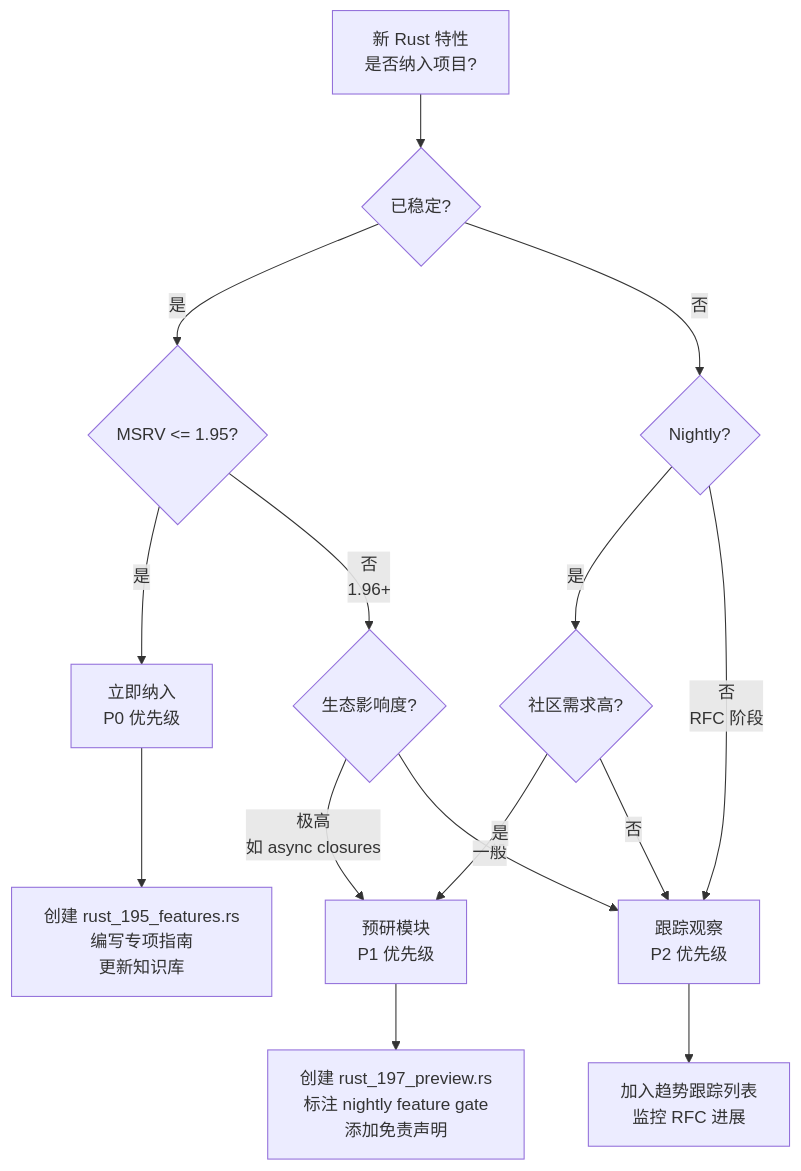
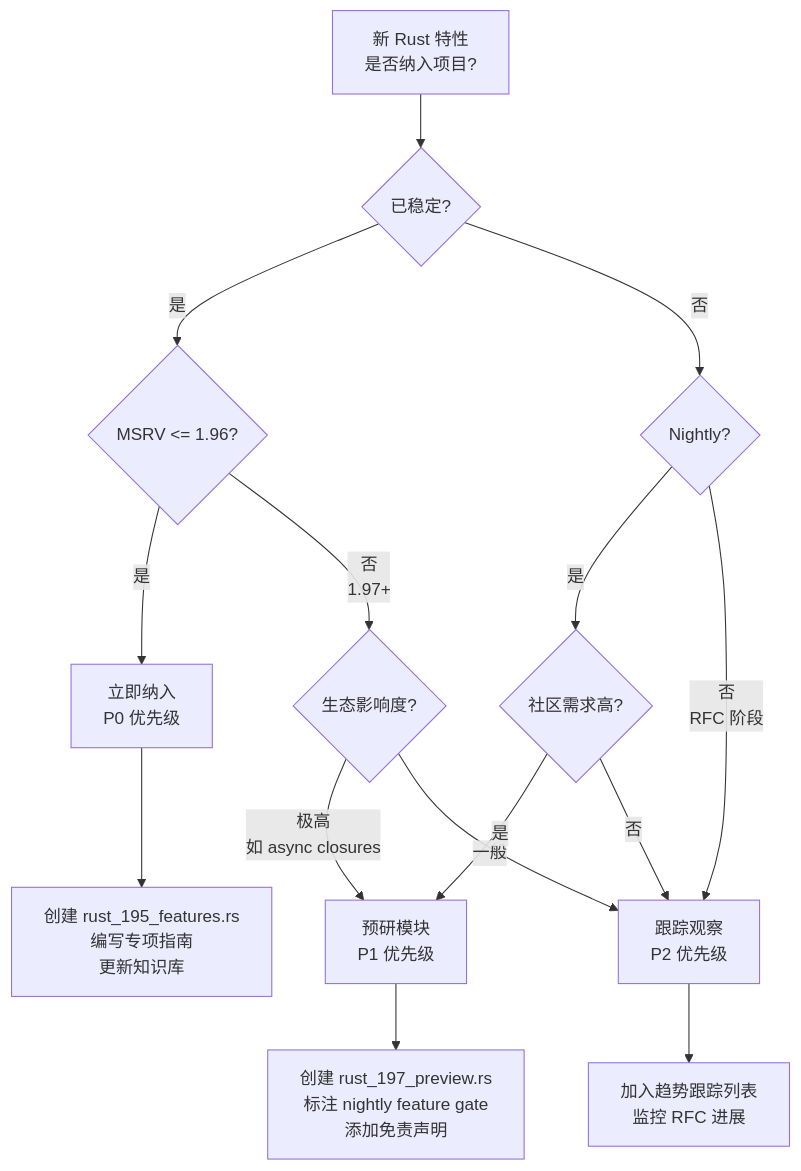
One commit to martin-ly/rust-lang changed diagram 16 of 16 in docs/04_rust_language_feature_comprehensive_inventory_2026.md. Above: the diagram before and after it, drawn with Mermaid. The commit also changed other lines of this file and 21 other files, not shown here.

````diff
--- a/docs/04_rust_language_feature_comprehensive_inventory_2026.md
+++ b/docs/04_rust_language_feature_comprehensive_inventory_2026.md
@@ -2564,22 +2564,22 @@
 ```mermaid
 graph TD
     F[新 Rust 特性<br/>是否纳入项目?] --> Q1{已稳定?}
-    Q1 -->|是| Q2{MSRV <= 1.95?}
+    Q1 -->|是| Q2{MSRV <= 1.96?}
     Q1 -->|否| Q3{Nightly?}
 
     Q2 -->|是| Q4[立即纳入<br/>P0 优先级]
-    Q2 -->|否<br/>1.96+| Q5{生态影响度?}
+    Q2 -->|否<br/>1.97+| Q5{生态影响度?}
 
     Q3 -->|是| Q6{社区需求高?}
     Q3 -->|否<br/>RFC 阶段| Q7[跟踪观察<br/>P2 优先级]
 
     Q5 -->|极高<br/>如 async closures| Q8[预研模块<br/>P1 优先级]
     Q5 -->|一般| Q7
 
     Q6 -->|是| Q8
     Q6 -->|否| Q7
 
     Q4 --> A1[创建 rust_195_features.rs<br/>编写专项指南<br/>更新知识库]
     Q8 --> A2[创建 rust_197_preview.rs<br/>标注 nightly feature gate<br/>添加免责声明]
     Q7 --> A3[加入趋势跟踪列表<br/>监控 RFC 进展]
 ```
````
